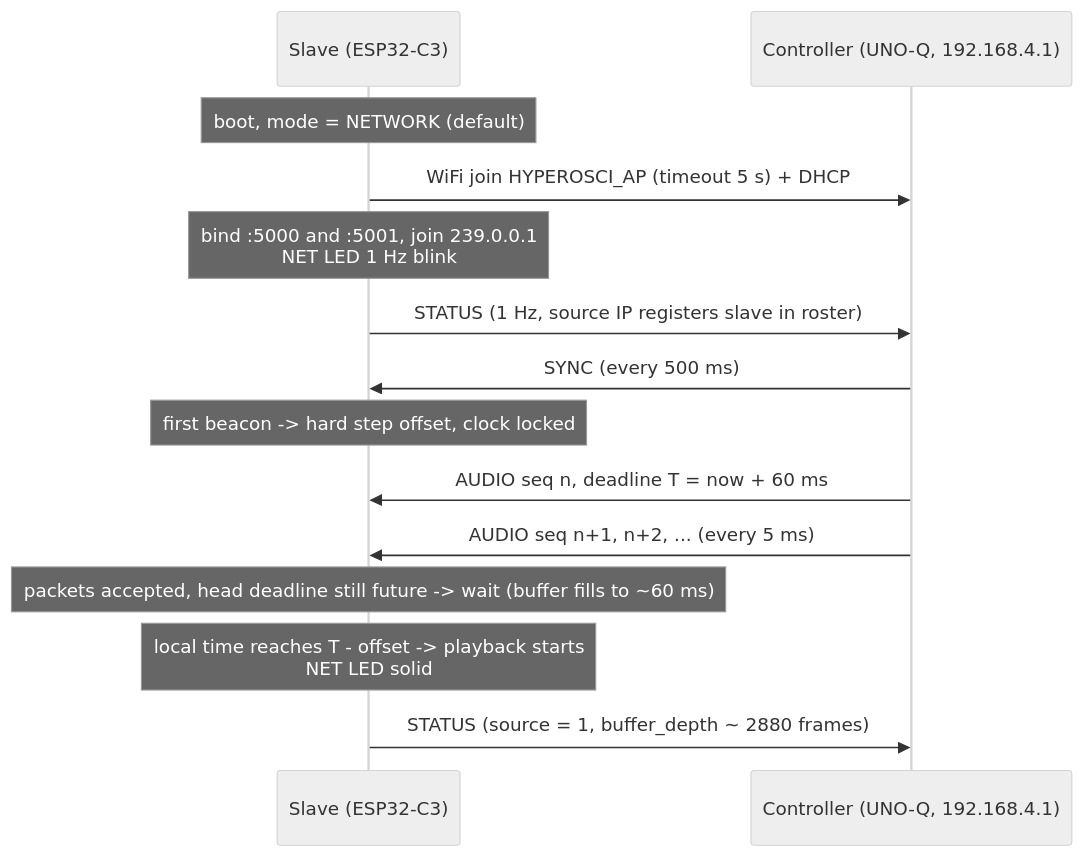
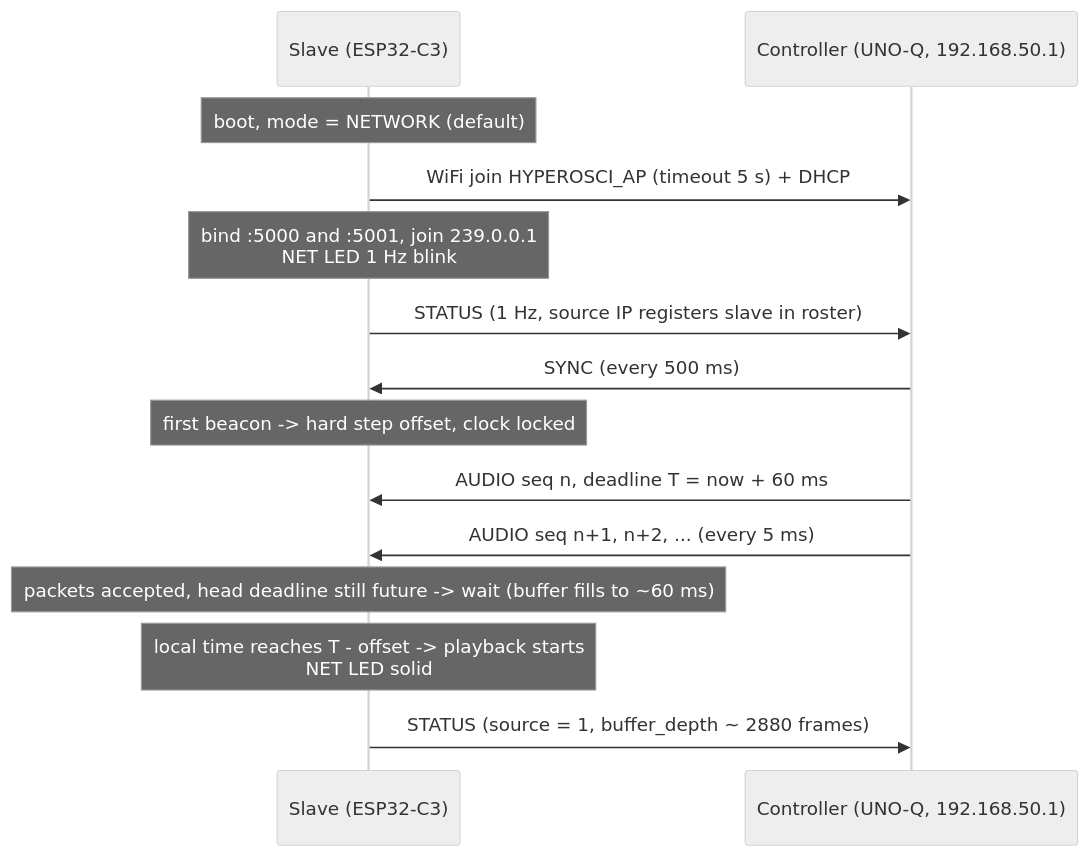
Before and after one commit to finnff/hyper-osci: the first of 3 diagrams in docs/protocol.md, drawn with Mermaid (neutral theme). The commit also changed other lines of this file and 9 other files, not shown here.

````diff
--- a/docs/protocol.md
+++ b/docs/protocol.md
@@ -375,17 +376,17 @@
 ```mermaid
 sequenceDiagram
     participant S as Slave (ESP32-C3)
-    participant C as Controller (UNO-Q, 192.168.4.1)
+    participant C as Controller (UNO-Q, 192.168.50.1)
 
     Note over S: boot, mode = NETWORK (default)
     S->>C: WiFi join HYPEROSCI_AP (timeout 5 s) + DHCP
     Note over S: bind :5000 and :5001, join 239.0.0.1<br/>NET LED 1 Hz blink
     S->>C: STATUS (1 Hz, source IP registers slave in roster)
     C->>S: SYNC (every 500 ms)
     Note over S: first beacon -> hard step offset, clock locked
     C->>S: AUDIO seq n, deadline T = now + 60 ms
     C->>S: AUDIO seq n+1, n+2, ... (every 5 ms)
     Note over S: packets accepted, head deadline still future -> wait (buffer fills to ~60 ms)
     Note over S: local time reaches T - offset -> playback starts<br/>NET LED solid
     S->>C: STATUS (source = 1, buffer_depth ~ 2880 frames)
 ```
````
